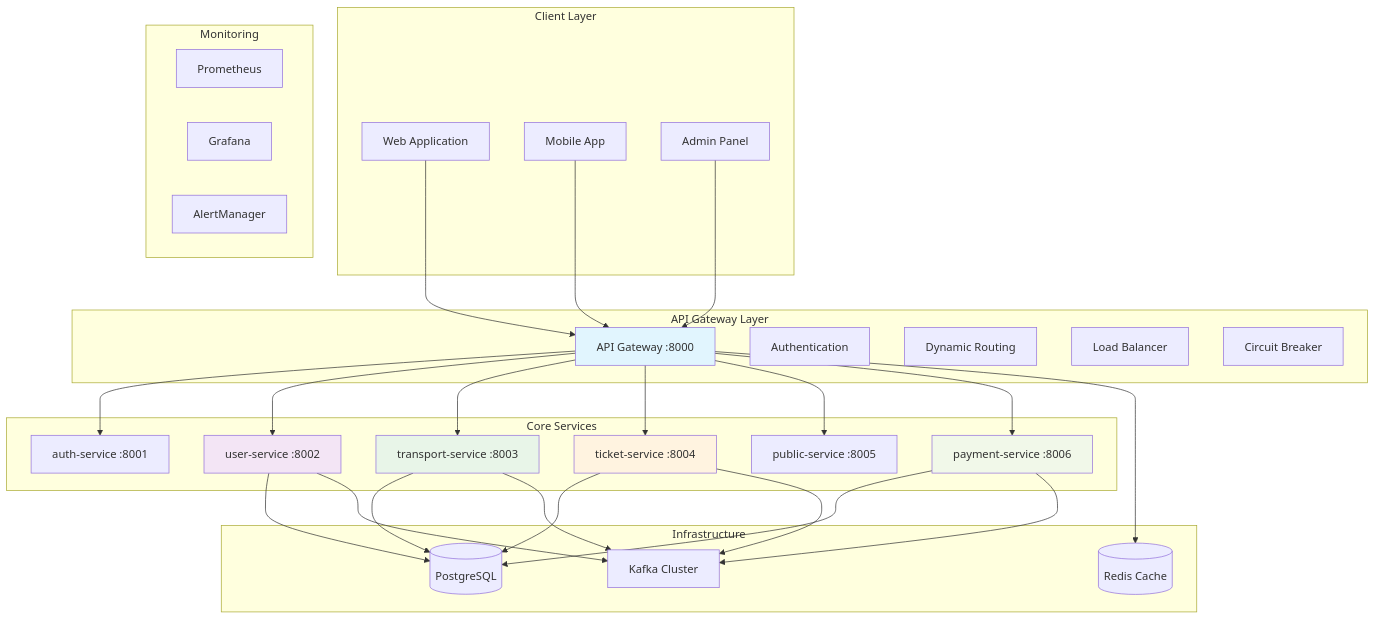
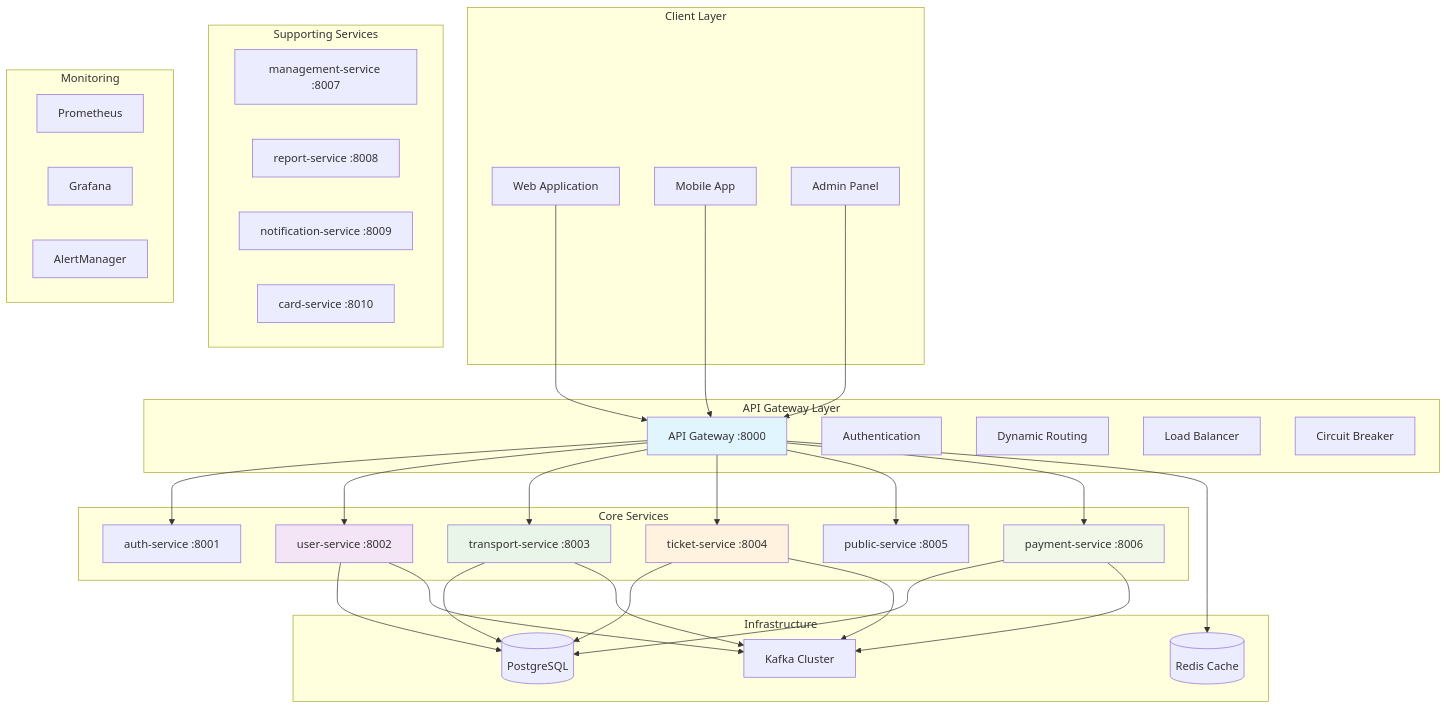
Before and after one commit to NamPhAm-Work423/Metro-backend: the first of 2 diagrams in README.md, drawn with Mermaid. The commit also changed other lines of this file and 3 other files, not shown here.

````diff
--- a/README.md
+++ b/README.md
@@ -7,65 +7,72 @@
 ```mermaid
 graph TB
     subgraph "Client Layer"
         WEB[Web Application]
         MOBILE[Mobile App]
         ADMIN[Admin Panel]
     end
 
     subgraph "API Gateway Layer"
         GATEWAY[API Gateway :8000]
         AUTH[Authentication]
         ROUTER[Dynamic Routing]
         LB[Load Balancer]
         CB[Circuit Breaker]
     end
 
     subgraph "Core Services"
         AUTH_SVC[auth-service :8001]
         USER[user-service :8002]
         TRANSPORT[transport-service :8003]
         TICKET[ticket-service :8004]
         PUBLIC[public-service :8005]
         PAYMENT[payment-service :8006]
+    end
+
+    subgraph "Supporting Services"
+        MANAGEMENT[management-service :8007]
+        REPORT[report-service :8008]
+        NOTIFICATION[notification-service :8009]
+        CARD[card-service :8010]
     end
 
     subgraph "Infrastructure"
         POSTGRES[(PostgreSQL)]
         REDIS[(Redis Cache)]
         KAFKA[Kafka Cluster]
     end
 
     subgraph "Monitoring"
         PROMETHEUS[Prometheus]
         GRAFANA[Grafana]
         ALERTMANAGER[AlertManager]
     end
 
     WEB --> GATEWAY
     MOBILE --> GATEWAY
     ADMIN --> GATEWAY
 
     GATEWAY --> AUTH_SVC
     GATEWAY --> USER
     GATEWAY --> TRANSPORT
     GATEWAY --> TICKET
     GATEWAY --> PUBLIC
     GATEWAY --> PAYMENT
 
     USER --> POSTGRES
     TRANSPORT --> POSTGRES
     TICKET --> POSTGRES
     PAYMENT --> POSTGRES
 
     GATEWAY --> REDIS
     USER --> KAFKA
     TRANSPORT --> KAFKA
     TICKET --> KAFKA
     PAYMENT --> KAFKA
 
     style GATEWAY fill:#e1f5fe
     style USER fill:#f3e5f5
     style TRANSPORT fill:#e8f5e8
     style TICKET fill:#fff3e0
     style PAYMENT fill:#f1f8e9
 ```
````
